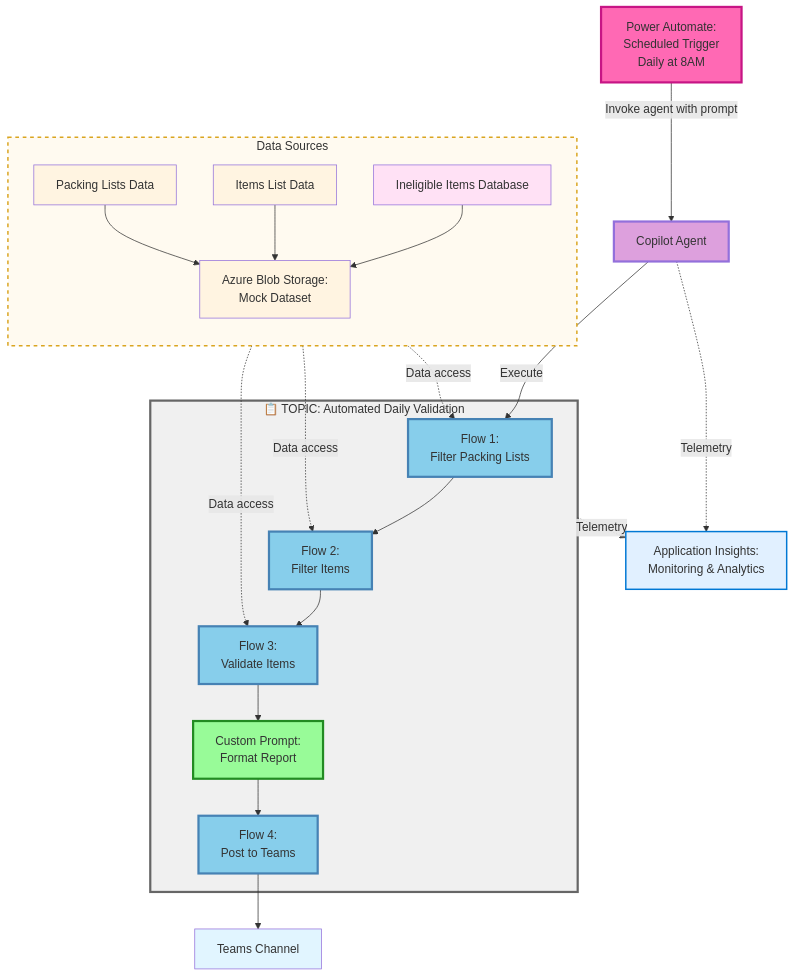
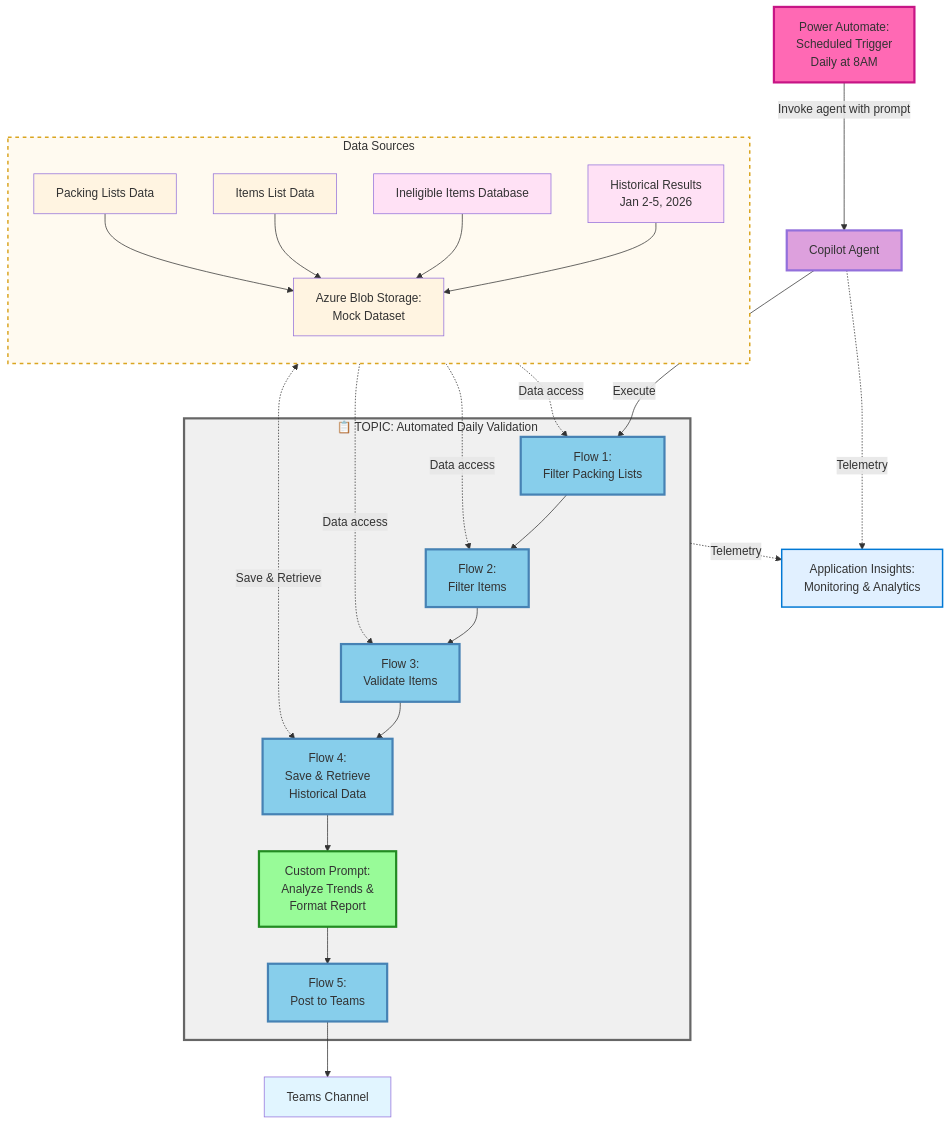
One commit to david-pizzi-cg/agentic-compliance-qa changed the second of 2 diagrams in README.md. Above: the diagram before and after it, drawn with Mermaid. The commit also changed other lines of this file and 7 other files, not shown here.

````diff
--- a/README.md
+++ b/README.md
@@ -248,65 +250,72 @@
 ```mermaid
 flowchart TD
     S[Power Automate:<br/>Scheduled Trigger<br/>Daily at 8AM]
     
     S -->|Invoke agent with prompt| T[Copilot Agent]
     
     T -->|Execute| E
     
     subgraph ADV["📋 TOPIC: Automated Daily Validation"]
         E[Flow 1:<br/>Filter Packing Lists]
         F[Flow 2:<br/>Filter Items]
         G[Flow 3:<br/>Validate Items]
-        H[Custom Prompt:<br/>Format Report]
-        I[Flow 4:<br/>Post to Teams]
+        G4[Flow 4:<br/>Save & Retrieve<br/>Historical Data]
+        H[Custom Prompt:<br/>Analyze Trends &<br/>Format Report]
+        I2[Flow 5:<br/>Post to Teams]
         
         E --> F
         F --> G
-        G --> H
-        H --> I
+        G --> G4
+        G4 --> H
+        H --> I2
     end
     
-    I --> J[Teams Channel]
+    I2 --> J[Teams Channel]
     
     subgraph DS["Data Sources"]
         direction TB
         A[Packing Lists Data]
         B[Items List Data]
         C[Ineligible Items Database]
+        HIS[Historical Results<br/>Jan 2-5, 2026]
         A --> D[Azure Blob Storage:<br/>Mock Dataset]
         B --> D
         C --> D
+        HIS --> D
     end
     
     D -.->|Data access| E
     D -.->|Data access| F
     D -.->|Data access| G
+    D <-.->|Save & Retrieve| G4
     
     T -.->|Telemetry| K[Application Insights:<br/>Monitoring & Analytics]
     ADV -.->|Telemetry| K
     
     style S fill:#ff69b4,stroke:#c71585,stroke-width:3px
     style T fill:#dda0dd,stroke:#9370db,stroke-width:3px
     style ADV fill:#f0f0f0,stroke:#666,stroke-width:3px
     style DS fill:#fffaf0,stroke:#daa520,stroke-width:2px,stroke-dasharray: 5 5
     style K fill:#e1f0ff,stroke:#0078d4,stroke-width:2px
     style A fill:#fff4e1
     style B fill:#fff4e1
     style C fill:#ffe1f5
     style D fill:#fff4e1
     style E fill:#87ceeb,stroke:#4682b4,stroke-width:3px
     style F fill:#87ceeb,stroke:#4682b4,stroke-width:3px
     style G fill:#87ceeb,stroke:#4682b4,stroke-width:3px
+    style G4 fill:#87ceeb,stroke:#4682b4,stroke-width:3px
     style H fill:#98fb98,stroke:#228b22,stroke-width:3px
-    style I fill:#87ceeb,stroke:#4682b4,stroke-width:3px
+    style I2 fill:#87ceeb,stroke:#4682b4,stroke-width:3px
     style J fill:#e1f5ff
+    style HIS fill:#ffe1f5
     
     classDef flow fill:#87ceeb,stroke:#4682b4,stroke-width:3px
     classDef prompt fill:#98fb98,stroke:#228b22,stroke-width:3px
     classDef trigger fill:#ff69b4,stroke:#c71585,stroke-width:3px
     classDef agent fill:#dda0dd,stroke:#9370db,stroke-width:3px
-    class E,F,G,I flow
+    class E,F,G,G4,I2 flow
     class H prompt
     class S trigger
     class T agent
 ```
````
